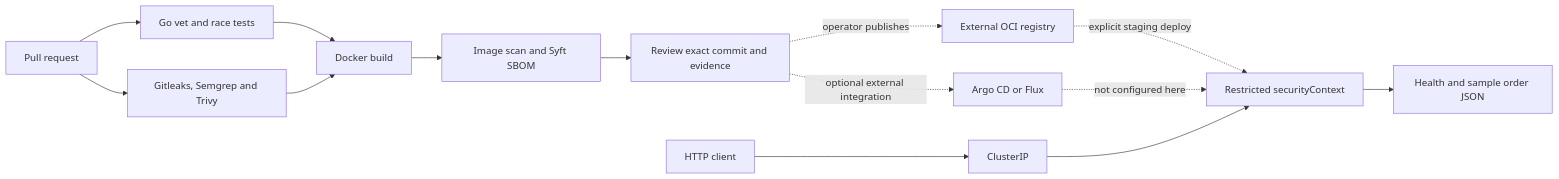
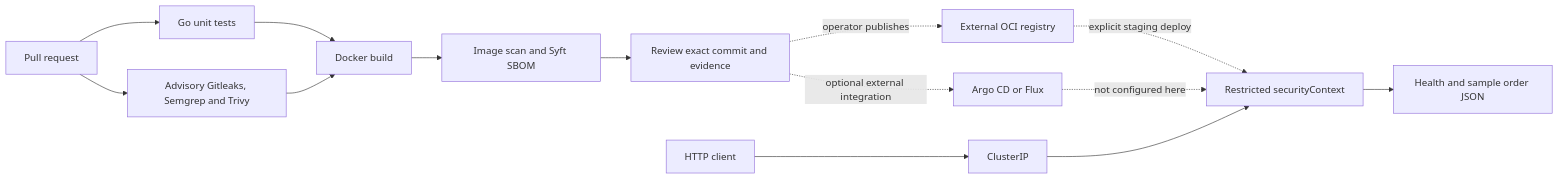
The diagram in README.md (huy8114644/enterprise-devsecops-pipeline), drawn with Mermaid before and after one commit. The commit also changed other lines of this file and 1 other file, not shown here.

Commit message:
docs(security): document STRIDE threat model and mitigation matrix for order-api service

````diff
--- a/README.md
+++ b/README.md
@@ -9,15 +9,15 @@
 ```mermaid
 flowchart LR
-  PR[Pull request] --> CI[Go vet and race tests]
-  PR --> Scans[Gitleaks, Semgrep and Trivy]
+  PR[Pull request] --> CI[Go unit tests]
+  PR --> Scans[Advisory Gitleaks, Semgrep and Trivy]
   CI --> Build[Docker build]
   Scans --> Build
   Build --> Inventory[Image scan and Syft SBOM]
   Inventory --> Review[Review exact commit and evidence]
   Review -. operator publishes .-> Registry[External OCI registry]
   Registry -. explicit staging deploy .-> Pod[Restricted securityContext]
   Client[HTTP client] --> Service[ClusterIP] --> Pod
   Pod --> Handler[Health and sample order JSON]
   Review -. optional external integration .-> GitOps[Argo CD or Flux]
   GitOps -. not configured here .-> Pod
 ```
````
